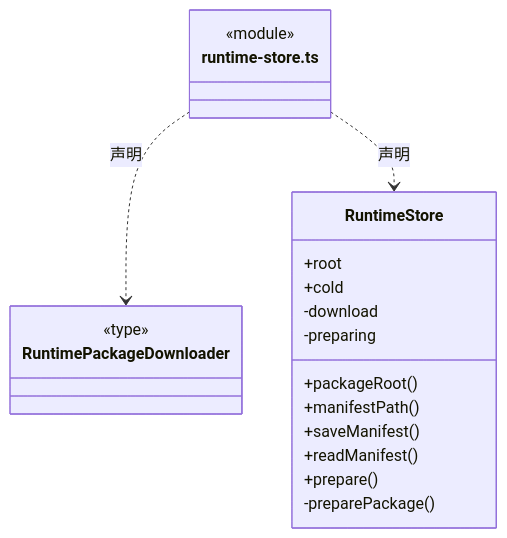
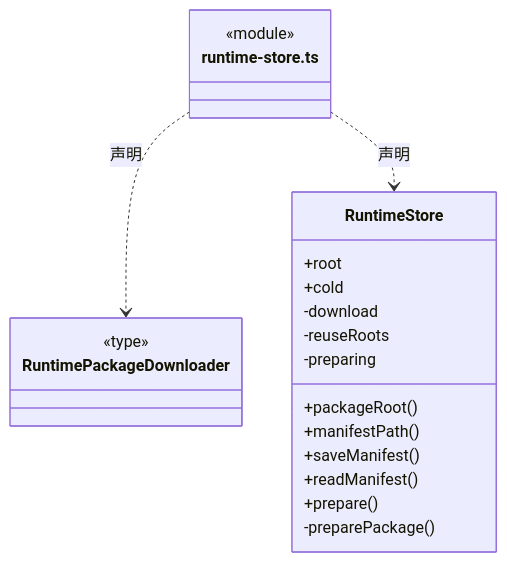
Before and after one commit to nan023062/cbim: diagram 15 of 21 in src/logic/updates/service/ARCHITECTURE.md, drawn with Mermaid. The commit also changed other lines of this file and 32 other files, not shown here.

````diff
--- a/src/logic/updates/service/ARCHITECTURE.md
+++ b/src/logic/updates/service/ARCHITECTURE.md
@@ -304,24 +305,25 @@
 ```mermaid
 classDiagram
 class N_src_logic_updates_service_runtime_store_ts["runtime-store.ts"] {
   <<module>>
 }
 class N_src_logic_updates_service_runtime_store_ts_RuntimePackageDownloader["RuntimePackageDownloader"] {
   <<type>>
 
 }
 N_src_logic_updates_service_runtime_store_ts ..> N_src_logic_updates_service_runtime_store_ts_RuntimePackageDownloader : 声明
 class N_src_logic_updates_service_runtime_store_ts_RuntimeStore["RuntimeStore"] {
   +root
   +cold
   +packageRoot()
   +manifestPath()
   +saveManifest()
   +readManifest()
   +prepare()
   -download
+  -reuseRoots
   -preparing
   -preparePackage()
 }
 N_src_logic_updates_service_runtime_store_ts ..> N_src_logic_updates_service_runtime_store_ts_RuntimeStore : 声明
 ```
````
